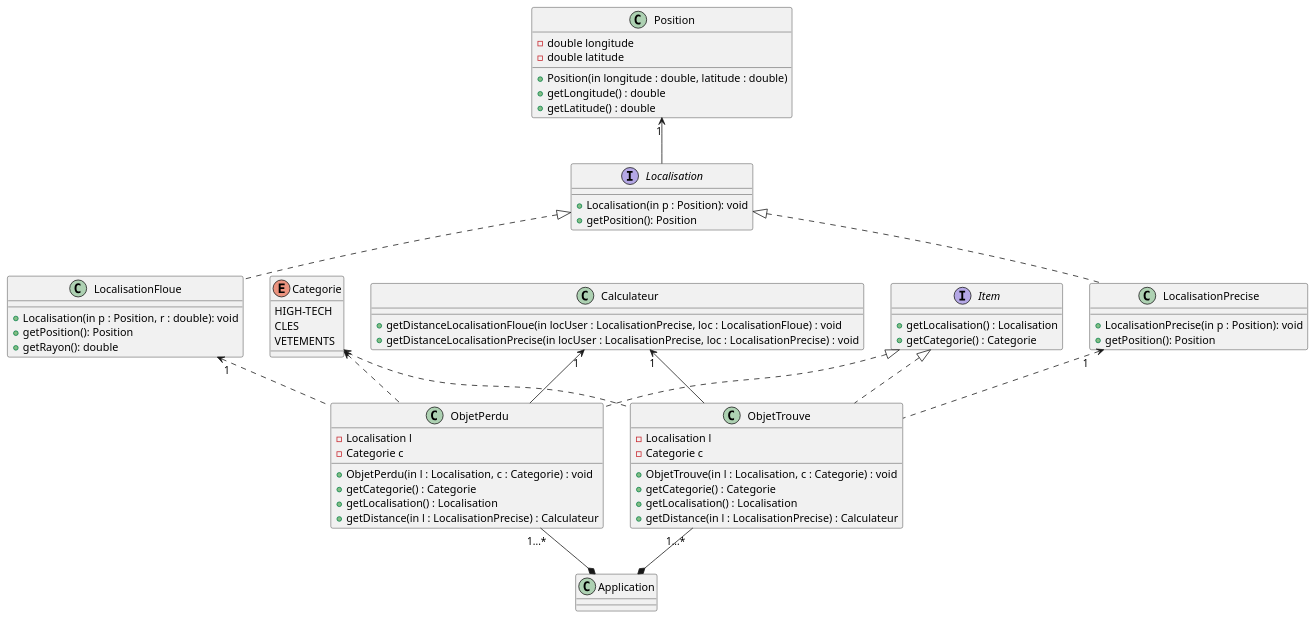
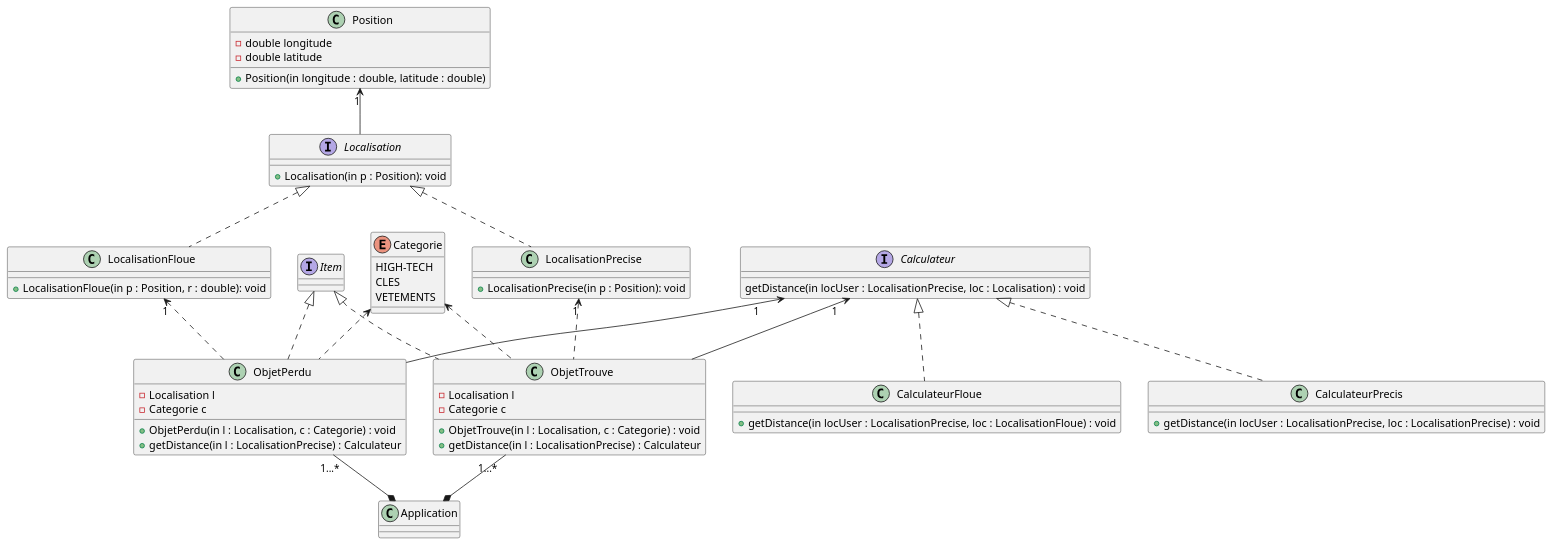
Before and after one commit to raphaelmeissonnier/Foundem_back_end: the diagram in cahier_des_specifications/model.puml, drawn with PlantUML. The commit also changed 4 other files, not shown here.

```diff
--- a/cahier_des_specifications/model.puml
+++ b/cahier_des_specifications/model.puml
@@ -1,86 +1,83 @@
 @startuml
 'https://plantuml.com/class-diagram
 
 class Application
 enum Categorie
 {
     HIGH-TECH
     CLES
     VETEMENTS
 }
-class Calculateur
+interface Calculateur
 {
-    +getDistanceLocalisationFloue(in locUser : LocalisationPrecise, loc : LocalisationFloue) : void
-    +getDistanceLocalisationPrecise(in locUser : LocalisationPrecise, loc : LocalisationPrecise) : void
+    getDistance(in locUser : LocalisationPrecise, loc : Localisation) : void
+}
+class CalculateurFloue
+{
+    +getDistance(in locUser : LocalisationPrecise, loc : LocalisationFloue) : void
+}
+class CalculateurPrecis
+{
+    +getDistance(in locUser : LocalisationPrecise, loc : LocalisationPrecise) : void
 }
 interface Item
 {
-    +getLocalisation() : Localisation
-    +getCategorie() : Categorie
 }
 class ObjetTrouve
 {
     -Localisation l
     -Categorie c
     +ObjetTrouve(in l : Localisation, c : Categorie) : void
-    +getCategorie() : Categorie
-    +getLocalisation() : Localisation
     +getDistance(in l : LocalisationPrecise) : Calculateur
 }
 class ObjetPerdu
 {
     -Localisation l
     -Categorie c
     +ObjetPerdu(in l : Localisation, c : Categorie) : void
-    +getCategorie() : Categorie
-    +getLocalisation() : Localisation
     +getDistance(in l : LocalisationPrecise) : Calculateur
 }
 class Position
 {
     - double longitude
     - double latitude
     + Position(in longitude : double, latitude : double)
-    + getLongitude() : double
-    + getLatitude() : double
 }
 interface Localisation
 {
     +Localisation(in p : Position): void
-    +getPosition(): Position
 }
 class LocalisationPrecise
 {
     +LocalisationPrecise(in p : Position): void
-    +getPosition(): Position
 }
 class LocalisationFloue
 {
-    +Localisation(in p : Position, r : double): void
-    +getPosition(): Position
-    +getRayon(): double
+    +LocalisationFloue(in p : Position, r : double): void
 }
 
 
 ObjetTrouve "1...*" --* Application
 ObjetPerdu "1...*" --* Application
 
 Categorie <.. ObjetTrouve
 Categorie <.. ObjetPerdu
 
 Item <|.. ObjetPerdu
 Item <|.. ObjetTrouve
 
-
 Localisation <|.. LocalisationPrecise
 Localisation <|.. LocalisationFloue
 
 LocalisationPrecise "1" <.. ObjetTrouve
 LocalisationFloue "1" <.. ObjetPerdu
 
 Position "1" <-- Localisation
 
 Calculateur "1" <-- ObjetTrouve
 Calculateur "1" <-- ObjetPerdu
 
+Calculateur <|.. CalculateurFloue
+Calculateur <|.. CalculateurPrecis
+
 @enduml
```
